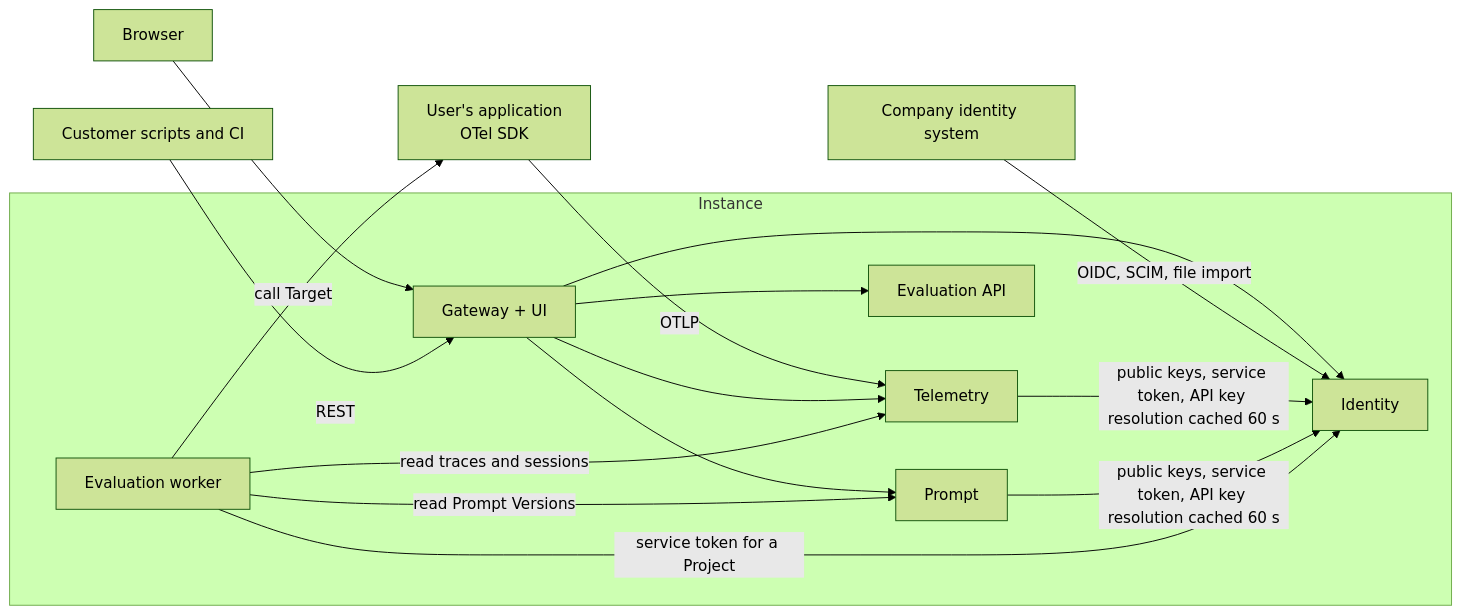
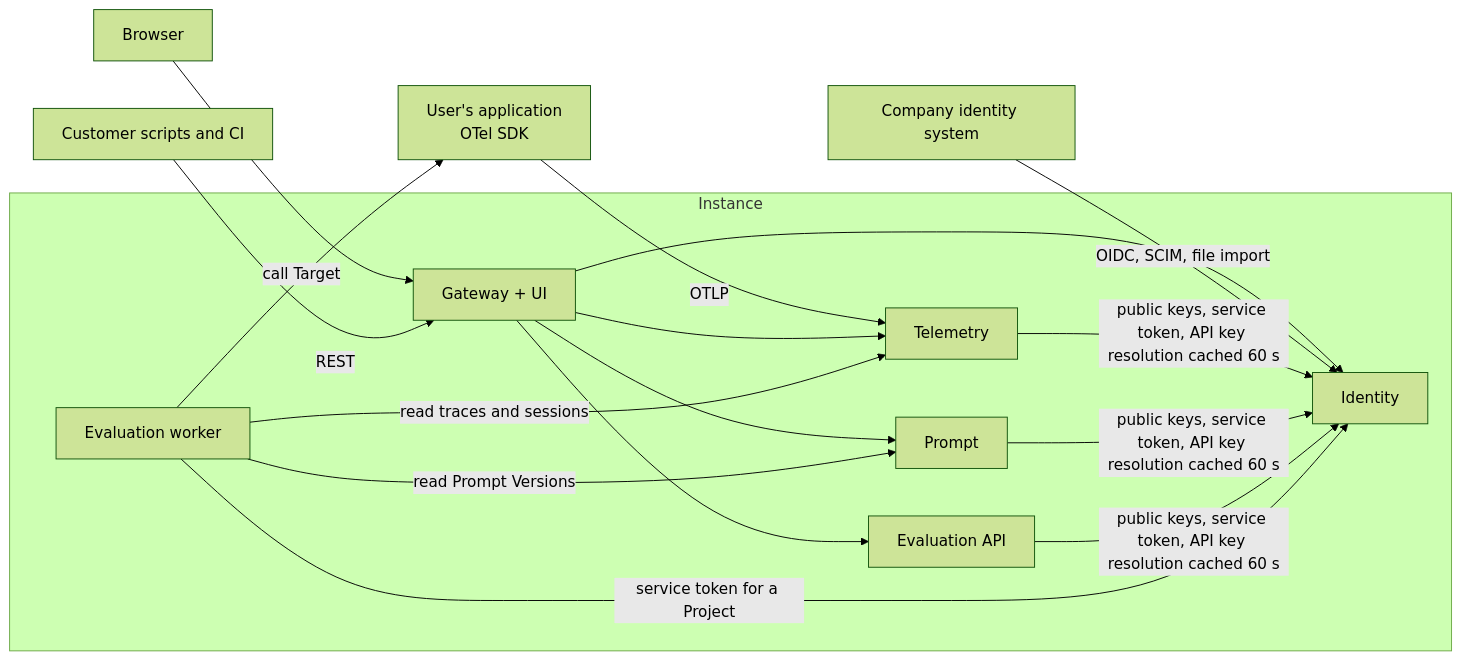
The first of 3 diagrams in docs/architecture.md (gallas-ai/extispex), drawn with Mermaid (forest theme) before and after one commit. The commit also changed other lines of this file and 67 other files, not shown here.

````diff
--- a/docs/architecture.md
+++ b/docs/architecture.md
@@ -34,31 +34,32 @@
 ```mermaid
 flowchart LR
   app["User's application<br/>OTel SDK"]
   browser["Browser"]
   client["Customer scripts and CI"]
   company["Company identity system"]
 
   subgraph instance["Instance"]
     gateway["Gateway + UI"]
     telemetry["Telemetry"]
     evaluation_api["Evaluation API"]
     evaluation_worker["Evaluation worker"]
     prompt["Prompt"]
     identity["Identity"]
   end
 
   app -- "OTLP" --> telemetry
   browser --> gateway
   client -- "REST" --> gateway
   gateway --> telemetry
   gateway --> evaluation_api
   gateway --> prompt
   gateway --> identity
   company -- "OIDC, SCIM, file import" --> identity
   telemetry -- "public keys, service token, API key resolution cached 60 s" --> identity
   prompt -- "public keys, service token, API key resolution cached 60 s" --> identity
+  evaluation_api -- "public keys, service token, API key resolution cached 60 s" --> identity
   evaluation_worker -- "service token for a Project" --> identity
   evaluation_worker -- "read traces and sessions" --> telemetry
   evaluation_worker -- "read Prompt Versions" --> prompt
   evaluation_worker -- "call Target" --> app
 ```
````
